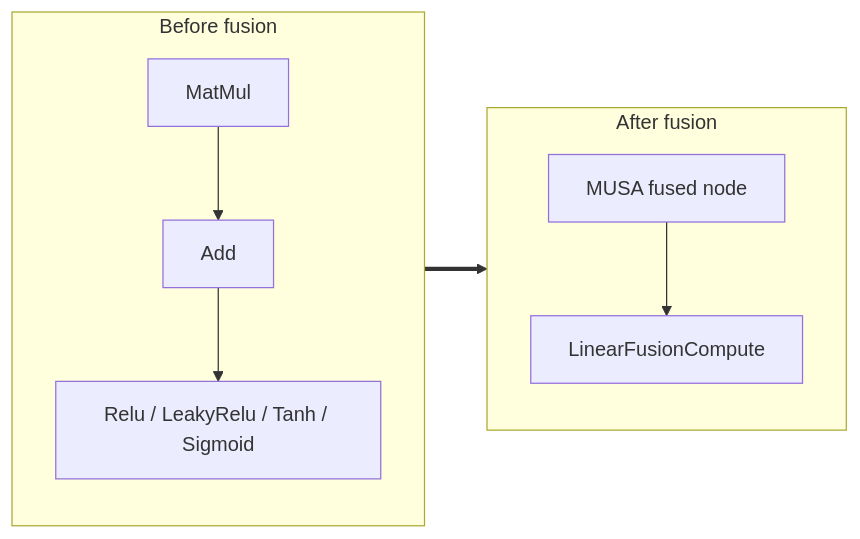
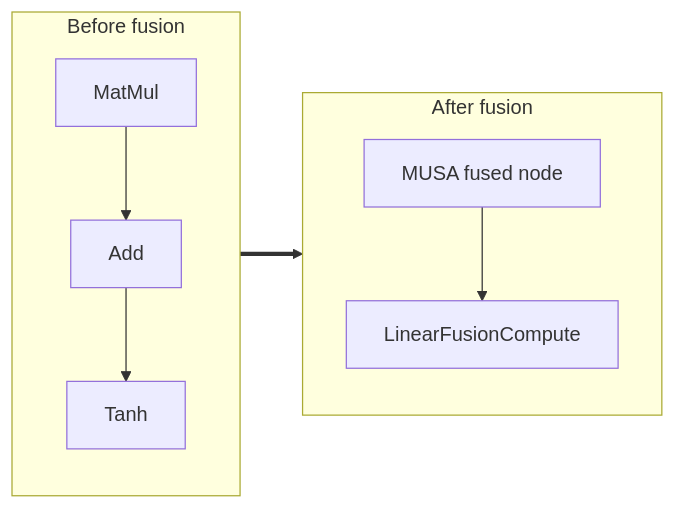
Before and after one commit to MooreThreads/onnxruntime-musa: the diagram in musa/docs/fusion/fused_gemm.md, drawn with Mermaid. The commit also changed other lines of this file and 17 other files, not shown here.

````diff
--- a/musa/docs/fusion/fused_gemm.md
+++ b/musa/docs/fusion/fused_gemm.md
@@ -24,16 +24,16 @@
 ```mermaid
 flowchart LR
   subgraph Before[Before fusion]
     B0["MatMul"]
     B1["Add"]
+    B2["Tanh"]
     B0 --> B1
-    B2["Relu / LeakyRelu / Tanh / Sigmoid"]
     B1 --> B2
   end
   subgraph After[After fusion]
     A0["MUSA fused node"]
     A1["LinearFusionCompute"]
     A0 --> A1
   end
   Before ==> After
 ```
````
